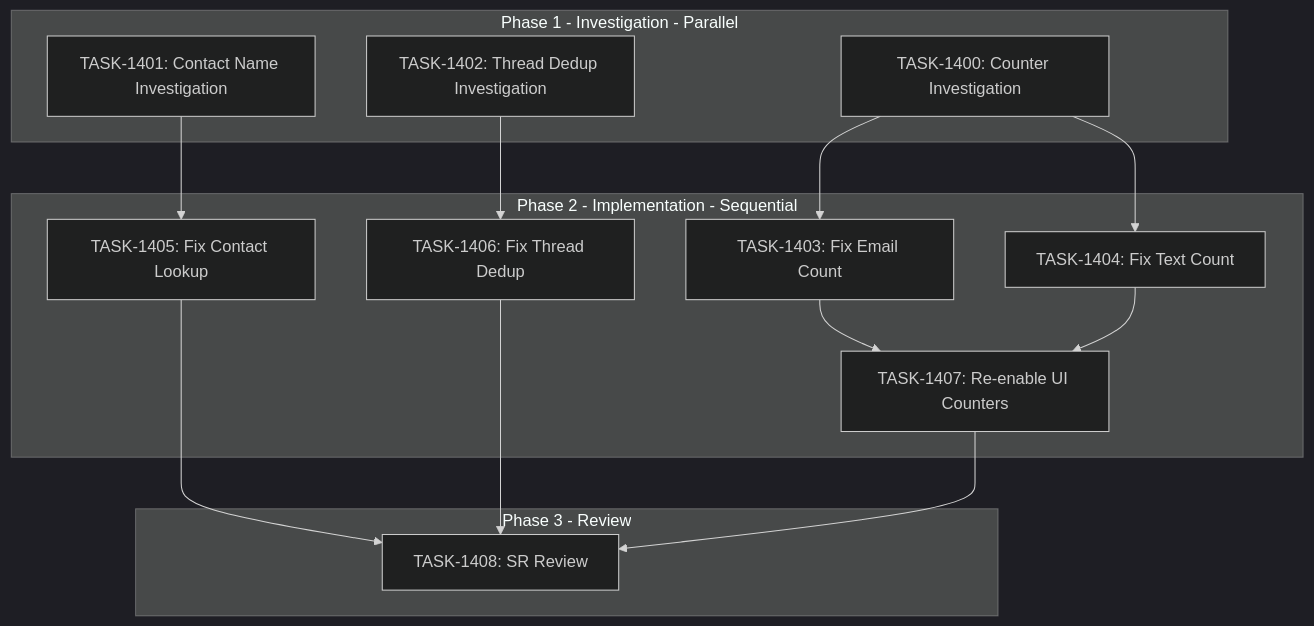
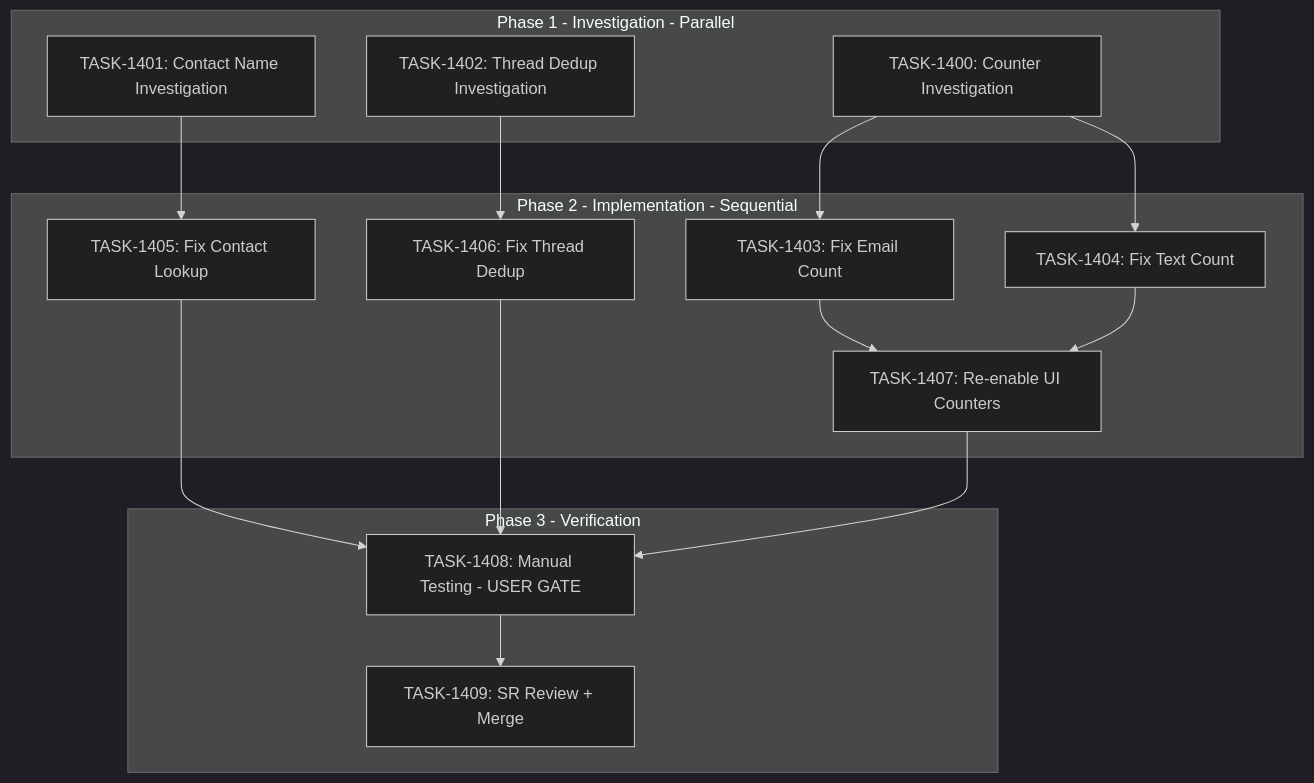
One commit to 5hdaniel/Mad changed the diagram in .claude/plans/sprints/SPRINT-061-communication-display-fixes.md. Above: the diagram before and after it, drawn with Mermaid (dark theme). The commit also changed other lines of this file and 9 other files, not shown here.

````diff
--- a/.claude/plans/sprints/SPRINT-061-communication-display-fixes.md
+++ b/.claude/plans/sprints/SPRINT-061-communication-display-fixes.md
@@ -184,30 +187,32 @@
 ```mermaid
 graph TD
     subgraph Phase1[Phase 1 - Investigation - Parallel]
         TASK1400[TASK-1400: Counter Investigation]
         TASK1401[TASK-1401: Contact Name Investigation]
         TASK1402[TASK-1402: Thread Dedup Investigation]
     end
 
     subgraph Phase2[Phase 2 - Implementation - Sequential]
         TASK1403[TASK-1403: Fix Email Count]
         TASK1404[TASK-1404: Fix Text Count]
         TASK1405[TASK-1405: Fix Contact Lookup]
         TASK1406[TASK-1406: Fix Thread Dedup]
         TASK1407[TASK-1407: Re-enable UI Counters]
     end
 
-    subgraph Phase3[Phase 3 - Review]
-        TASK1408[TASK-1408: SR Review]
+    subgraph Phase3[Phase 3 - Verification]
+        TASK1408[TASK-1408: Manual Testing - USER GATE]
+        TASK1409[TASK-1409: SR Review + Merge]
     end
 
     TASK1400 --> TASK1403
     TASK1400 --> TASK1404
     TASK1401 --> TASK1405
     TASK1402 --> TASK1406
     TASK1403 --> TASK1407
     TASK1404 --> TASK1407
     TASK1405 --> TASK1408
     TASK1406 --> TASK1408
     TASK1407 --> TASK1408
+    TASK1408 --> TASK1409
 ```
````
